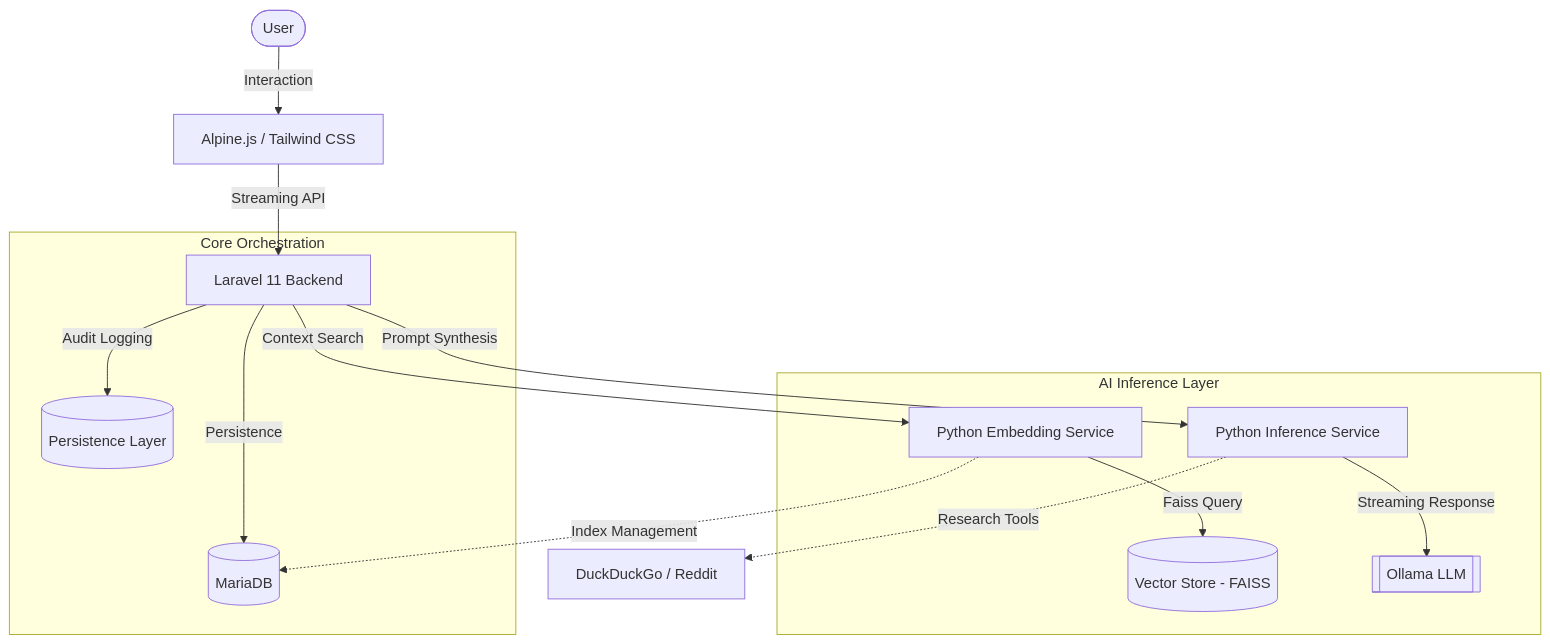
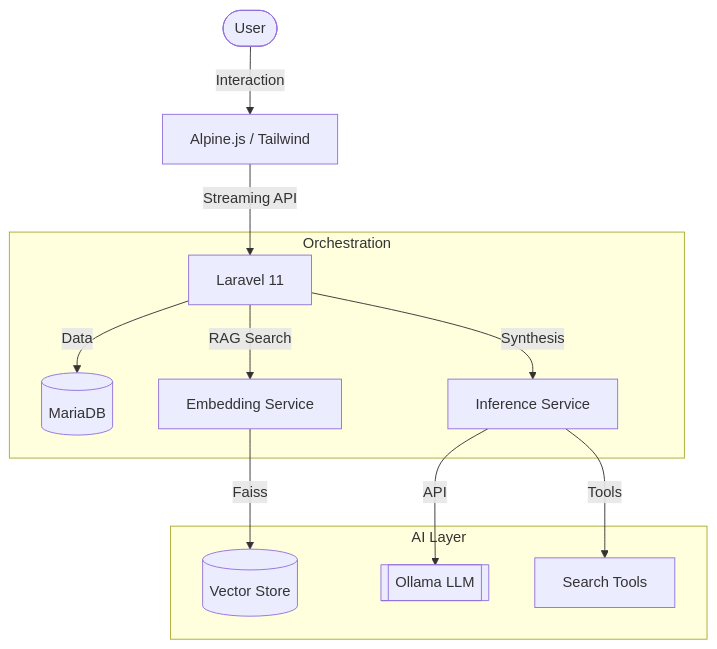
Before and after one commit to abesquirrel/rephraser_project: the diagram in README.md, drawn with Mermaid. The commit also changed other lines of this file and 1 other file, not shown here.

Commit message:
Docs: Consolidate and simplify project documentation across READMEs, removing redundant details from `laravel/README.md` and streamlining the main `README.md`.

````diff
--- a/README.md
+++ b/README.md
@@ -55,20 +11,17 @@
 ```mermaid
 graph TD
-    User([User]) -->|Interaction| Frontend[Alpine.js / Tailwind CSS]
-    Frontend -->|Streaming API| Laravel[Laravel 11 Backend]
+    User([User]) -->|Interaction| Frontend[Alpine.js / Tailwind]
+    Frontend -->|Streaming API| Laravel[Laravel 11]
 
-    subgraph "Core Orchestration"
-        Laravel -->|Persistence| MariaDB[(MariaDB)]
-        Laravel -->|Audit Logging| DB2[(Persistence Layer)]
+    subgraph "Orchestration"
+        Laravel -->|Data| DB[(MariaDB)]
+        Laravel -->|RAG Search| PyEmbed[Embedding Service]
+        Laravel -->|Synthesis| PyInfer[Inference Service]
     end
 
-    subgraph "AI Inference Layer"
-        Laravel -->|Context Search| PyEmbed[Python Embedding Service]
-        PyEmbed -->|Faiss Query| KB[(Vector Store - FAISS)]
-        Laravel -->|Prompt Synthesis| PyInfer[Python Inference Service]
-        PyInfer -->|Streaming Response| Ollama[[Ollama LLM]]
+    subgraph "AI Layer"
+        PyEmbed -->|Faiss| KB[(Vector Store)]
+        PyInfer -->|API| Ollama[[Ollama LLM]]
+        PyInfer -->|Tools| Web[Search Tools]
     end
-
-    PyEmbed -.->|Index Management| MariaDB
-    PyInfer -.->|Research Tools| Web[DuckDuckGo / Reddit]
 ```
````
